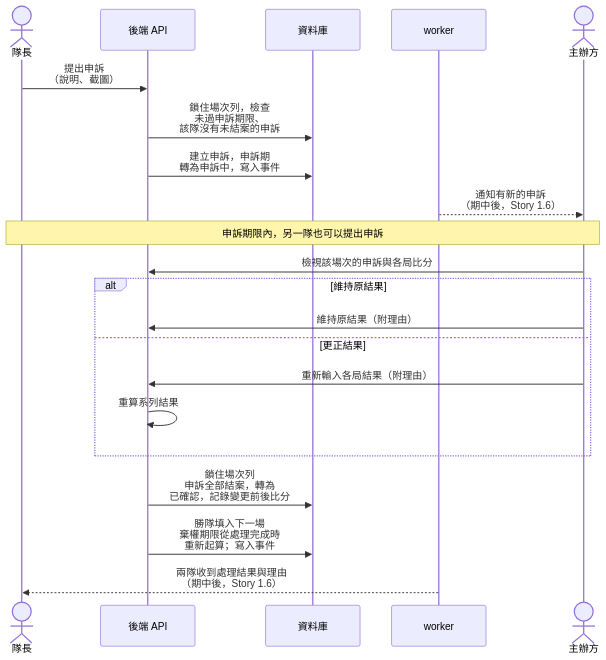
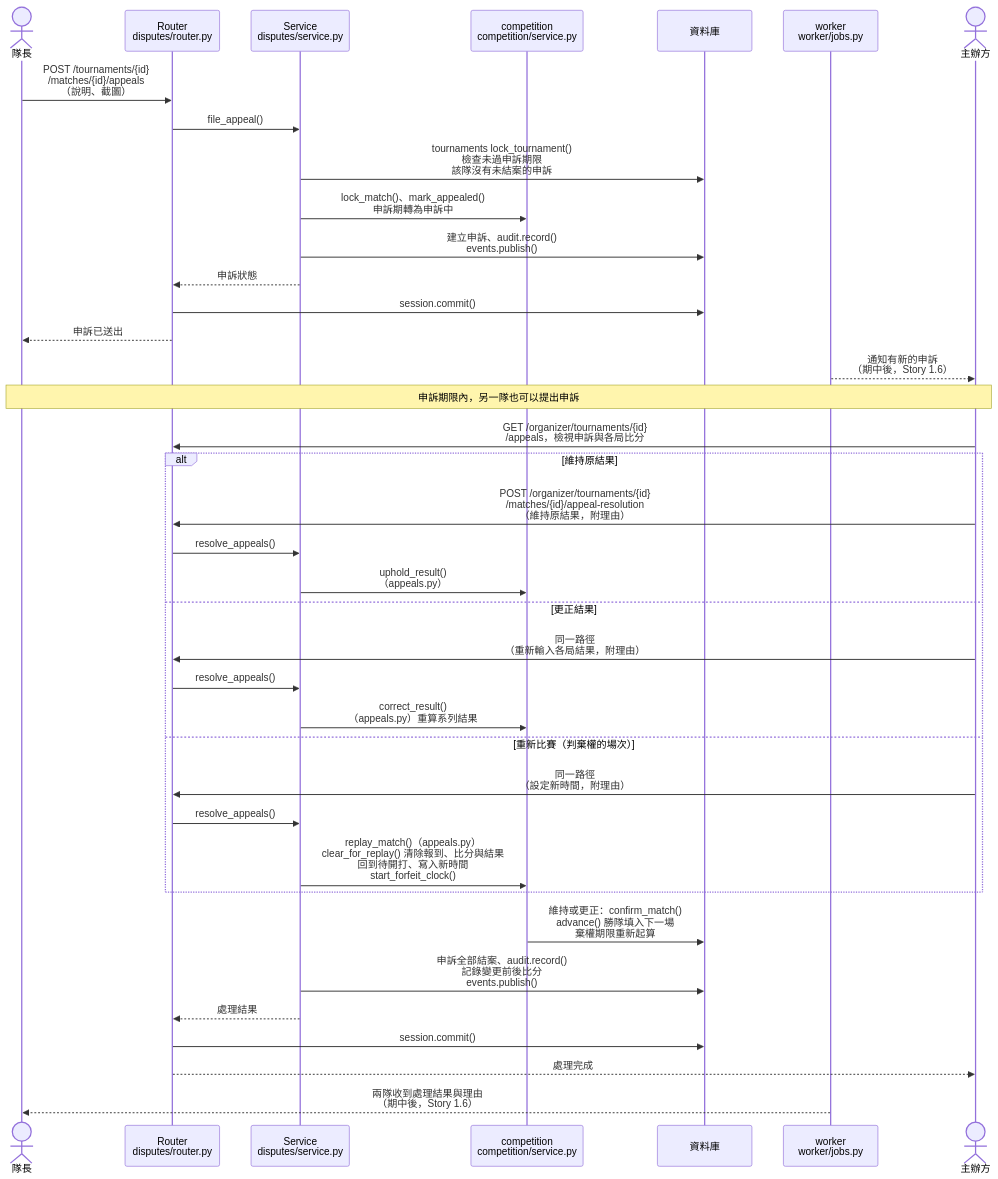
Diagram 19 of 19 in docs/midterm/B-軟體需求分析文件.md (Team14good/esport-platform), drawn with Mermaid before and after one commit. The commit also changed other lines of this file and 27 other files, not shown here.

First line of the commit message:
docs: B、C、D 其餘的圖全部對照程式標註 (#92)

````diff
--- a/docs/midterm/B-軟體需求分析文件.md
+++ b/docs/midterm/B-軟體需求分析文件.md
@@ -1445,23 +1529,40 @@
 ```mermaid
 sequenceDiagram
   actor Cap as 隊長
-  participant API as 後端 API
+  participant R as Router<br/>disputes/router.py
+  participant S as Service<br/>disputes/service.py
+  participant C as competition<br/>competition/service.py
   participant DB as 資料庫
-  participant W as worker
+  participant W as worker<br/>worker/jobs.py
   actor Org as 主辦方
-  Cap->>API: 提出申訴<br/>（說明、截圖）
-  API->>DB: 鎖住場次列，檢查<br/>未過申訴期限、<br/>該隊沒有未結案的申訴
-  API->>DB: 建立申訴，申訴期<br/>轉為申訴中，寫入事件
+  Cap->>R: POST /tournaments/{id}<br/>/matches/{id}/appeals<br/>（說明、截圖）
+  R->>S: file_appeal()
+  S->>DB: tournaments lock_tournament()<br/>檢查未過申訴期限<br/>該隊沒有未結案的申訴
+  S->>C: lock_match()、mark_appealed()<br/>申訴期轉為申訴中
+  S->>DB: 建立申訴、audit.record()<br/>events.publish()
+  S-->>R: 申訴狀態
+  R->>DB: session.commit()
+  R-->>Cap: 申訴已送出
   W-->>Org: 通知有新的申訴<br/>（期中後，Story 1.6）
   Note over Cap,Org: 申訴期限內，另一隊也可以提出申訴
-  Org->>API: 檢視該場次的申訴與各局比分
+  Org->>R: GET /organizer/tournaments/{id}<br/>/appeals，檢視申訴與各局比分
   alt 維持原結果
-    Org->>API: 維持原結果（附理由）
+    Org->>R: POST /organizer/tournaments/{id}<br/>/matches/{id}/appeal-resolution<br/>（維持原結果，附理由）
+    R->>S: resolve_appeals()
+    S->>C: uphold_result()<br/>（appeals.py）
   else 更正結果
-    Org->>API: 重新輸入各局結果（附理由）
-    API->>API: 重算系列結果
+    Org->>R: 同一路徑<br/>（重新輸入各局結果，附理由）
+    R->>S: resolve_appeals()
+    S->>C: correct_result()<br/>（appeals.py）重算系列結果
+  else 重新比賽（判棄權的場次）
+    Org->>R: 同一路徑<br/>（設定新時間，附理由）
+    R->>S: resolve_appeals()
+    S->>C: replay_match()（appeals.py）<br/>clear_for_replay() 清除報到、比分與結果<br/>回到待開打、寫入新時間<br/>start_forfeit_clock()
   end
-  API->>DB: 鎖住場次列<br/>申訴全部結案，轉為<br/>已確認，記錄變更前後比分
-  API->>DB: 勝隊填入下一場<br/>棄權期限從處理完成時<br/>重新起算；寫入事件
+  C->>DB: 維持或更正：confirm_match()<br/>advance() 勝隊填入下一場<br/>棄權期限重新起算
+  S->>DB: 申訴全部結案、audit.record()<br/>記錄變更前後比分<br/>events.publish()
+  S-->>R: 處理結果
+  R->>DB: session.commit()
+  R-->>Org: 處理完成
   W-->>Cap: 兩隊收到處理結果與理由<br/>（期中後，Story 1.6）
 ```
````
